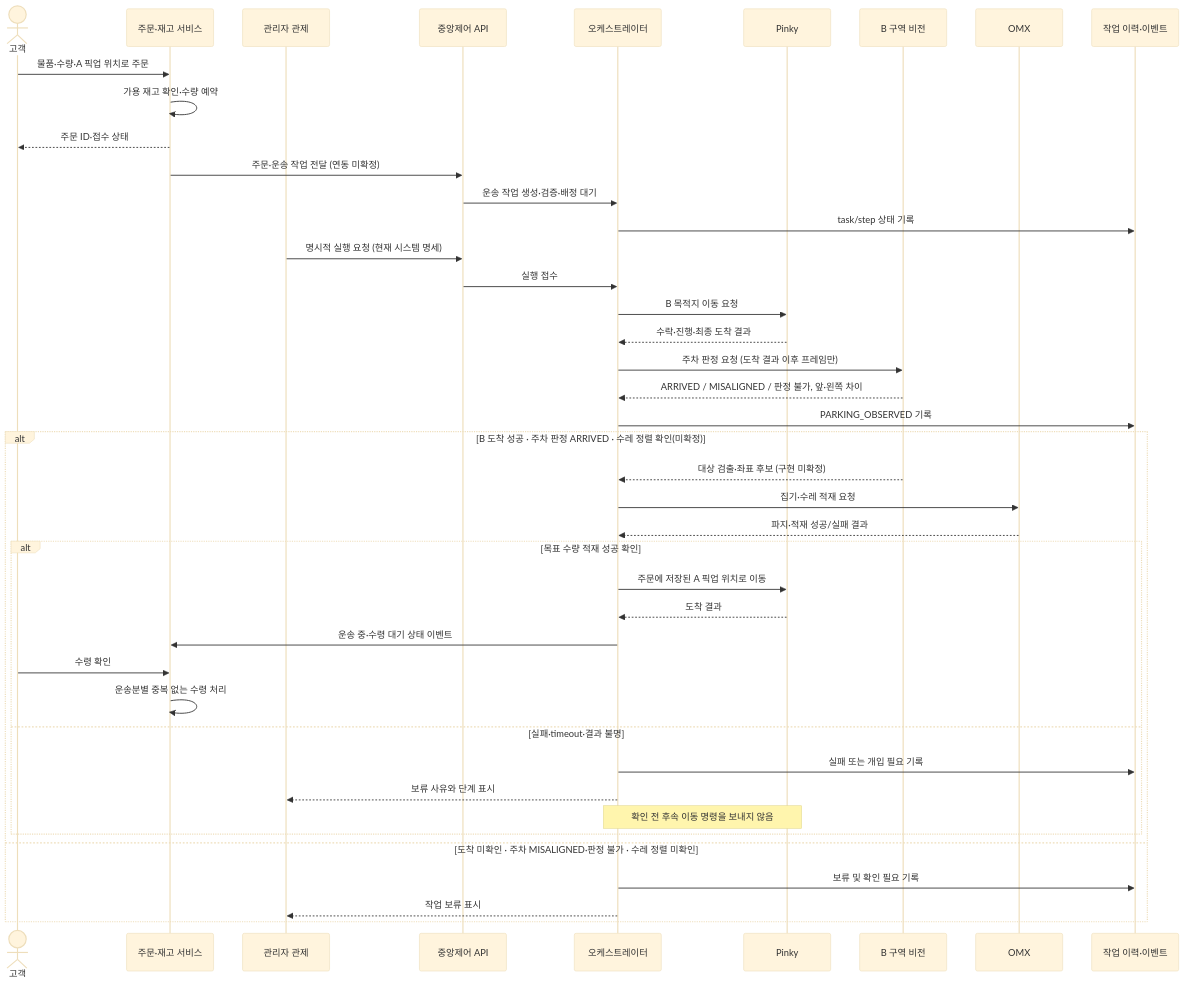
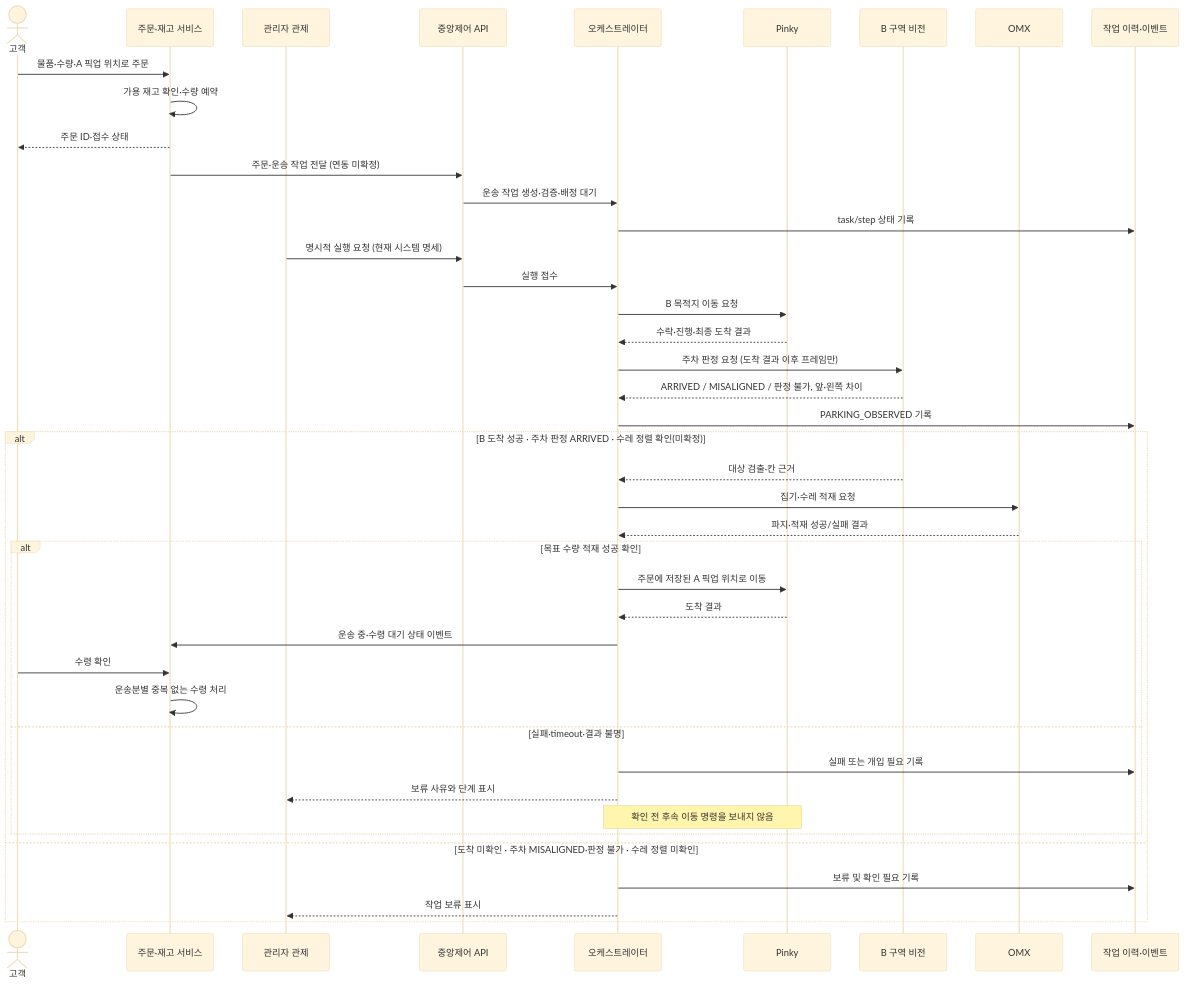
The third of 3 diagrams in docs/spec/data-flow.md (kernel-robot-8th/kernel-robot-repo-3), drawn with Mermaid (base theme) before and after one commit. The commit also changed other lines of this file and 10 other files, not shown here.

````diff
--- a/docs/spec/data-flow.md
+++ b/docs/spec/data-flow.md
@@ -152,46 +152,46 @@
 ```mermaid
 sequenceDiagram
     actor Customer as 고객
     participant Order as 주문·재고 서비스
     participant Admin as 관리자 관제
     participant API as 중앙제어 API
     participant O as 오케스트레이터
     participant P as Pinky
     participant V as B 구역 비전
     participant X as OMX
     participant H as 작업 이력·이벤트
 
     Customer->>Order: 물품·수량·A 픽업 위치로 주문
     Order->>Order: 가용 재고 확인·수량 예약
     Order-->>Customer: 주문 ID·접수 상태
     Order->>API: 주문·운송 작업 전달 (연동 미확정)
     API->>O: 운송 작업 생성·검증·배정 대기
     O->>H: task/step 상태 기록
     Admin->>API: 명시적 실행 요청 (현재 시스템 명세)
     API->>O: 실행 접수
     O->>P: B 목적지 이동 요청
     P-->>O: 수락·진행·최종 도착 결과
     O->>V: 주차 판정 요청 (도착 결과 이후 프레임만)
     V-->>O: ARRIVED / MISALIGNED / 판정 불가, 앞·왼쪽 차이
     O->>H: PARKING_OBSERVED 기록
 
     alt B 도착 성공 · 주차 판정 ARRIVED · 수레 정렬 확인(미확정)
-        V-->>O: 대상 검출·좌표 후보 (구현 미확정)
+        V-->>O: 대상 검출·칸 근거
         O->>X: 집기·수레 적재 요청
         X-->>O: 파지·적재 성공/실패 결과
         alt 목표 수량 적재 성공 확인
             O->>P: 주문에 저장된 A 픽업 위치로 이동
             P-->>O: 도착 결과
             O->>Order: 운송 중·수령 대기 상태 이벤트
             Customer->>Order: 수령 확인
             Order->>Order: 운송분별 중복 없는 수령 처리
         else 실패·timeout·결과 불명
             O->>H: 실패 또는 개입 필요 기록
             O-->>Admin: 보류 사유와 단계 표시
             Note over O,P: 확인 전 후속 이동 명령을 보내지 않음
         end
     else 도착 미확인 · 주차 MISALIGNED·판정 불가 · 수레 정렬 미확인
         O->>H: 보류 및 확인 필요 기록
         O-->>Admin: 작업 보류 표시
     end
 ```
````
